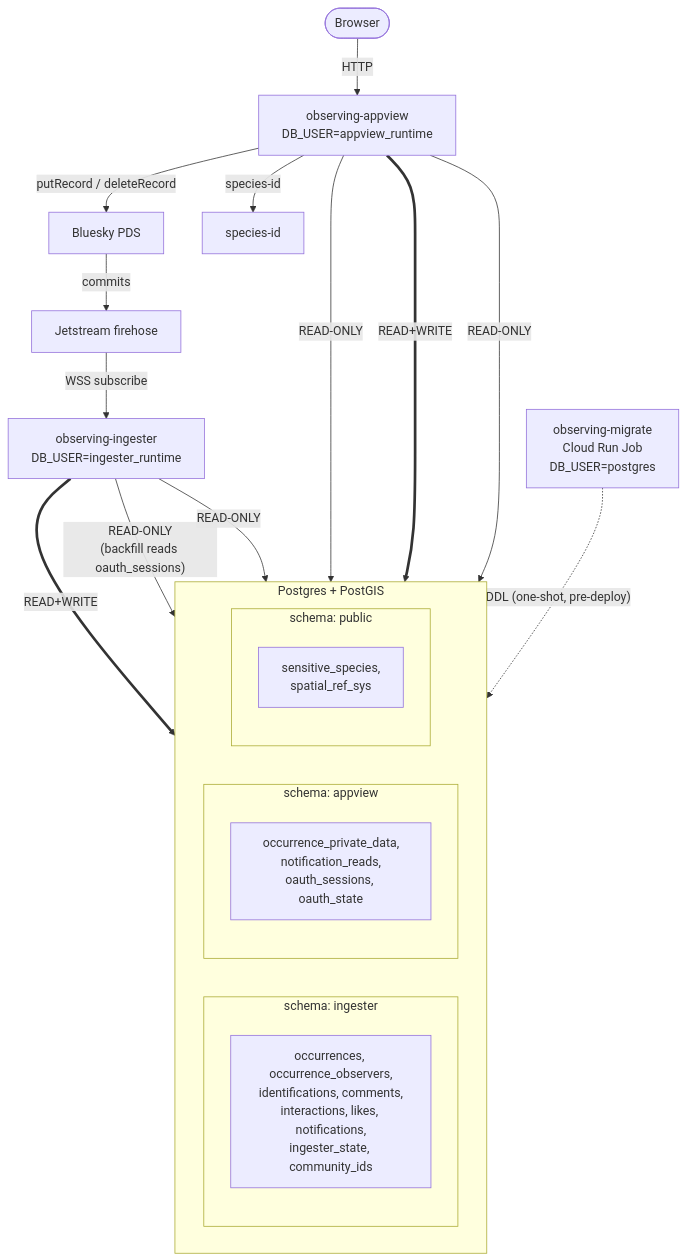
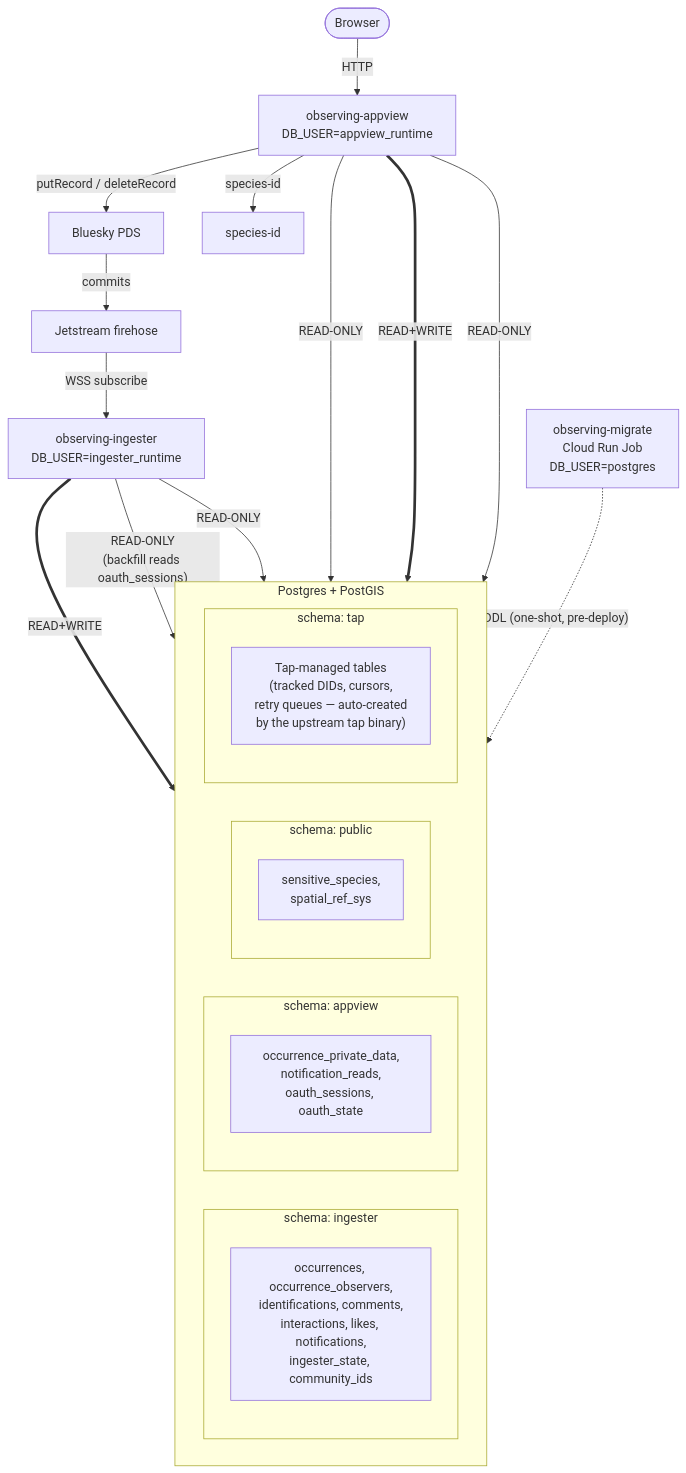
Before and after one commit to observ-ing/core: the diagram in docs/architecture.md, drawn with Mermaid. The commit also changed 3 other files, not shown here.

````diff
--- a/docs/architecture.md
+++ b/docs/architecture.md
@@ -5,39 +5,42 @@
 ```mermaid
 flowchart TB
     User([Browser])
     PDS[Bluesky PDS]
     JS[Jetstream firehose]
     AV[observing-appview<br/>DB_USER=appview_runtime]
     IG[observing-ingester<br/>DB_USER=ingester_runtime]
     MIG[observing-migrate<br/>Cloud Run Job<br/>DB_USER=postgres]
     SID[species-id]
 
     subgraph DB["Postgres + PostGIS"]
       direction LR
       subgraph ING["schema: ingester"]
         ING_TBL["occurrences, occurrence_observers,<br/>identifications, comments,<br/>interactions, likes, notifications,<br/>ingester_state, community_ids"]
       end
       subgraph APPV["schema: appview"]
         APPV_TBL["occurrence_private_data,<br/>notification_reads,<br/>oauth_sessions, oauth_state"]
       end
       subgraph PUB["schema: public"]
         PUB_TBL["sensitive_species,<br/>spatial_ref_sys"]
       end
+      subgraph TAP["schema: tap"]
+        TAP_TBL["Tap-managed tables<br/>(tracked DIDs, cursors,<br/>retry queues — auto-created<br/>by the upstream tap binary)"]
+      end
     end
 
     User -- HTTP --> AV
     AV -- "putRecord / deleteRecord" --> PDS
     PDS -- commits --> JS
     JS -- "WSS subscribe" --> IG
     AV -- species-id --> SID
 
     IG == "READ+WRITE" ==> ING
     IG -- "READ-ONLY<br/>(backfill reads oauth_sessions)" --> APPV
     IG -- "READ-ONLY" --> PUB
 
     AV -- "READ-ONLY" --> ING
     AV == "READ+WRITE" ==> APPV
     AV -- "READ-ONLY" --> PUB
 
     MIG -. "DDL (one-shot, pre-deploy)" .-> DB
 ```
````
